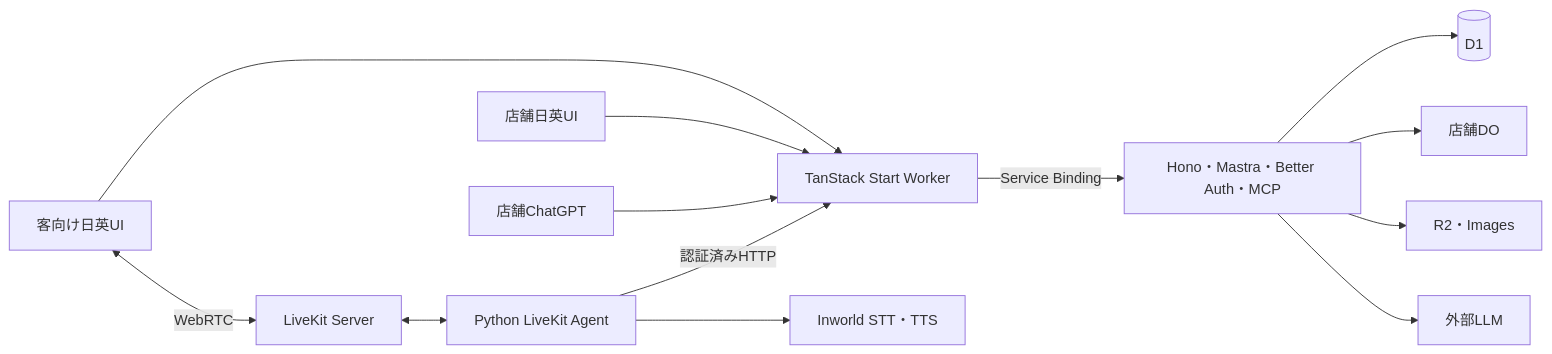
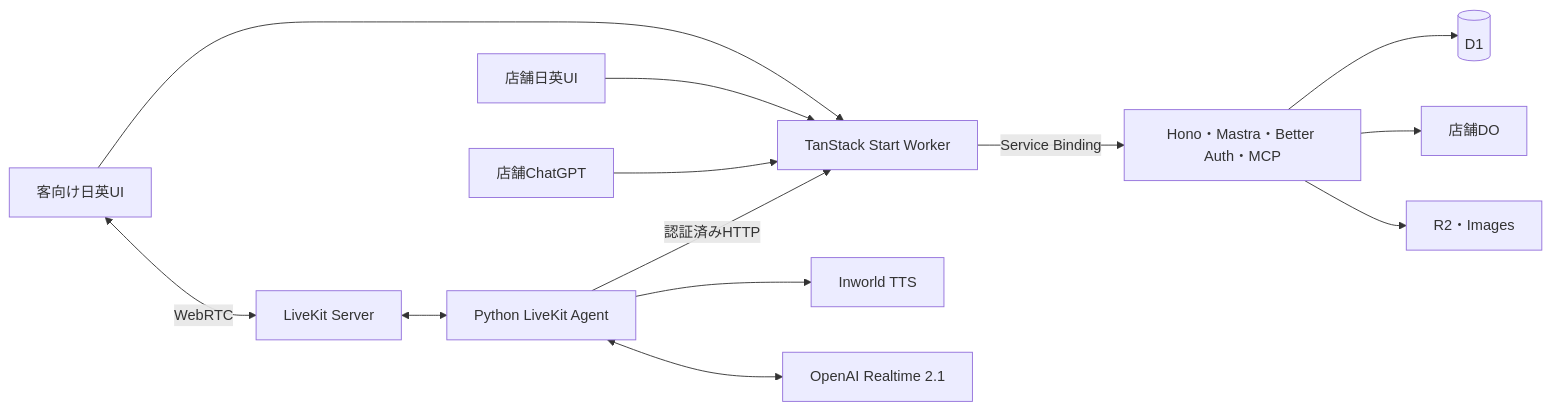
The diagram in docs/architecture.md (kit-codex-hack-fes-2026/tablecast-poc), drawn with Mermaid before and after one commit. The commit also changed other lines of this file and 22 other files, not shown here.

First line of the commit message:
feat(voice): ✨ adopt OpenAI Realtime half-cascade

````diff
--- a/docs/architecture.md
+++ b/docs/architecture.md
@@ -7,15 +7,15 @@
 ```mermaid
 flowchart LR
     Customer[客向け日英UI] --> Web[TanStack Start Worker]
     Staff[店舗日英UI] --> Web
     ChatGPT[店舗ChatGPT] --> Web
     Web -->|Service Binding| API[Hono・Mastra・Better Auth・MCP]
     API --> D1[(D1)]
     API --> DO[店舗DO]
     API --> R2[R2・Images]
     Customer <-->|WebRTC| Media[LiveKit Server]
     Media <--> Voice[Python LiveKit Agent]
     Voice -->|認証済みHTTP| Web
-    Voice --> Inworld[Inworld STT・TTS]
-    API --> Model[外部LLM]
+    Voice --> Inworld[Inworld TTS]
+    Voice <--> Model[OpenAI Realtime 2.1]
 ```
````
